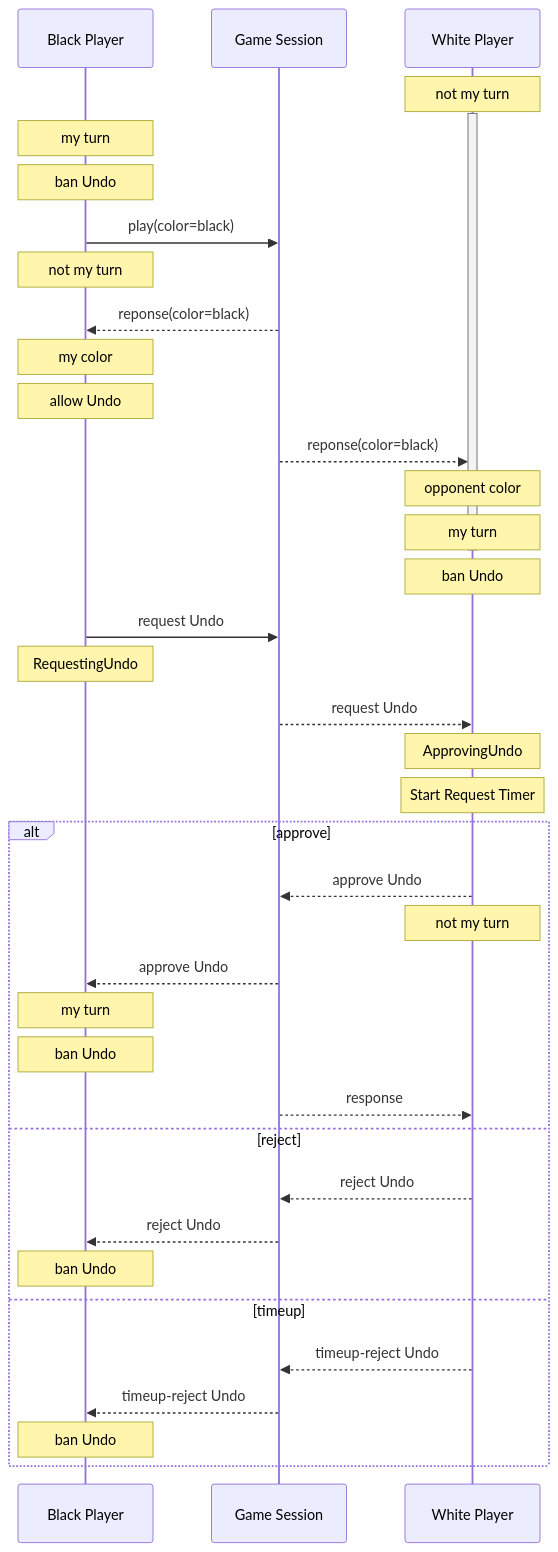
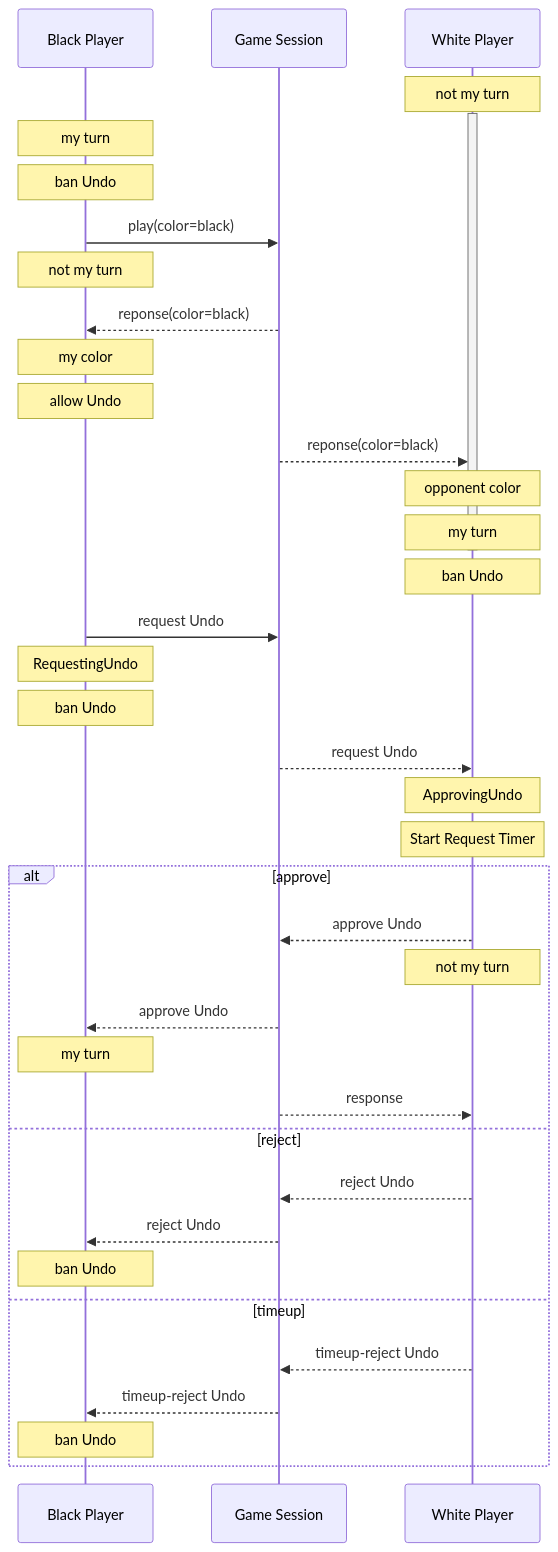
The second of 3 diagrams in dev-doc/session-sync.md (Congyuwang/wuziqi), drawn with Mermaid before and after one commit. The commit also changed other lines of this file and 16 other files, not shown here.

````diff
--- a/dev-doc/session-sync.md
+++ b/dev-doc/session-sync.md
@@ -40,41 +40,41 @@
 ```mermaid
 sequenceDiagram
     participant b as Black Player
     participant g as Game Session
     participant w as White Player
     Note over w: not my turn
     activate w
     Note over b: my turn
     Note over b: ban Undo
     b ->> g: play(color=black)
     Note over b: not my turn
     g -->> b: reponse(color=black)
     Note over b: my color
     Note over b: allow Undo
     g -->> w: reponse(color=black)
     Note over w: opponent color
     Note over w: my turn
     deactivate w
     Note over w: ban Undo
     b ->> g: request Undo
     Note over b: RequestingUndo
+    Note over b: ban Undo
     g -->> w: request Undo
     Note over w: ApprovingUndo
     Note over w: Start Request Timer
     alt approve
     w -->> g: approve Undo
     Note over w: not my turn
     g -->> b: approve Undo
     Note over b: my turn
-    Note over b: ban Undo
     g -->> w: response
     else reject
     w -->> g: reject Undo
     g -->> b: reject Undo
     Note over b: ban Undo
     else timeup
     w -->> g: timeup-reject Undo
     g -->> b: timeup-reject Undo
     Note over b: ban Undo
     end
 ```
````
